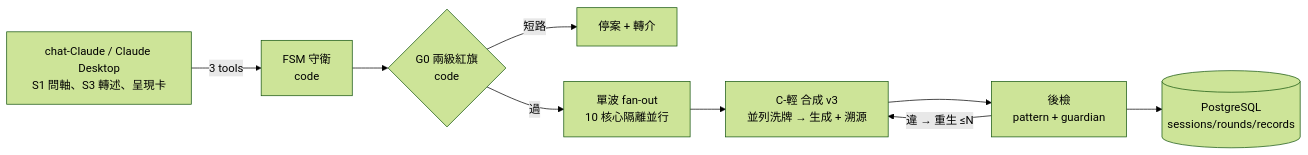
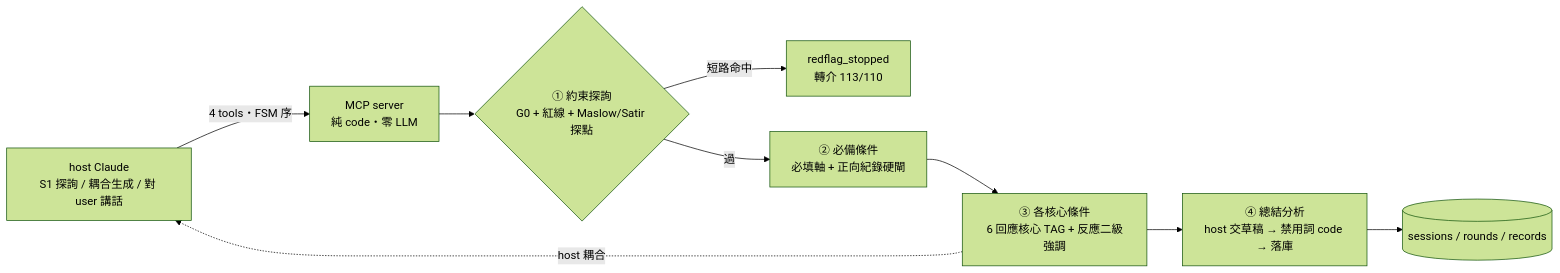
The diagram in README.md (Jarry6304/Parenting-response-mcp), drawn with Mermaid (forest theme) before and after one commit. The commit also changed other lines of this file and 17 other files, not shown here.

First line of the commit message:
docs v3.0 收尾:CLAUDE.md/README 重寫、record-schema v2、舊文件標 superseded

````diff
--- a/README.md
+++ b/README.md
@@ -13,11 +15,11 @@
 ```mermaid
 flowchart LR
-    CC[chat-Claude / Claude Desktop<br/>S1 問軸、S3 轉述、呈現卡] -->|3 tools| G[FSM 守衛<br/>code]
-    G --> RF{G0 兩級紅旗<br/>code}
-    RF -->|短路| STOP[停案 + 轉介]
-    RF -->|過| FAN[單波 fan-out<br/>10 核心隔離並行]
-    FAN --> SYN[C-輕 合成 v3<br/>並列洗牌 → 生成 + 溯源]
-    SYN --> CHK[後檢<br/>pattern + guardian]
-    CHK -->|違 → 重生 ≤N| SYN
-    CHK --> PG[(PostgreSQL<br/>sessions/rounds/records)]
+    H[host Claude<br/>S1 探詢 / 耦合生成 / 對 user 講話] -->|4 tools・FSM 序| S[MCP server<br/>純 code・零 LLM]
+    S --> T1{① 約束探詢<br/>G0 + 紅線 + Maslow/Satir 探點}
+    T1 -->|短路命中| STOP[redflag_stopped<br/>轉介 113/110]
+    T1 -->|過| T2[② 必備條件<br/>必填軸 + 正向紀錄硬閘]
+    T2 --> T3[③ 各核心條件<br/>6 回應核心 TAG + 反應二級強調]
+    T3 -.host 耦合.-> H
+    T3 --> T4[④ 總結分析<br/>host 交草稿 → 禁用詞 code → 落庫]
+    T4 --> DB[(sessions / rounds / records)]
 ```
````
